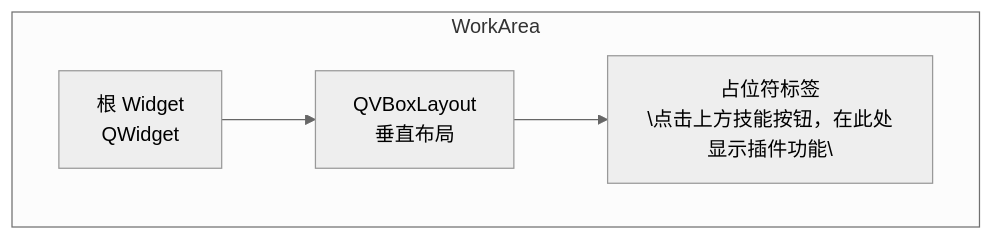
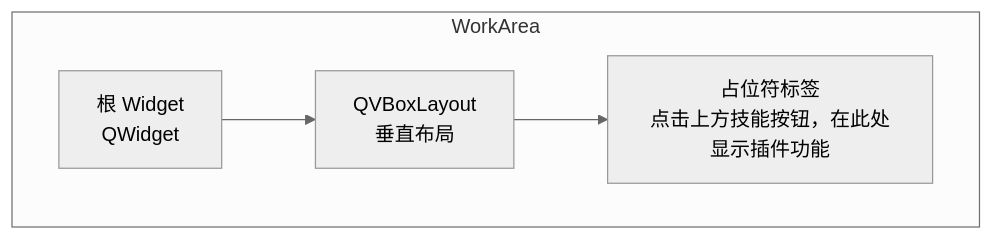
One commit to KKPIP-Tech/InstructionX changed the first of 2 diagrams in docs/ui/work-area.md. Above: the diagram before and after it, drawn with Mermaid (neutral theme). The commit also changed 21 other files, not shown here.

````diff
--- a/docs/ui/work-area.md
+++ b/docs/ui/work-area.md
@@ -17,11 +17,11 @@
 ```mermaid
 graph TB
-    subgraph WorkArea["WorkArea"]
+    subgraph WorkArea [WorkArea]
         Root[根 Widget<br/>QWidget]
         VL[QVBoxLayout<br/>垂直布局]
-        Placeholder["占位符标签<br/>\"点击上方技能按钮，在此处显示插件功能\""]
+        Placeholder[占位符标签<br/>点击上方技能按钮，在此处显示插件功能]
     end
 
     Root --> VL
     VL --> Placeholder
 ```
````
